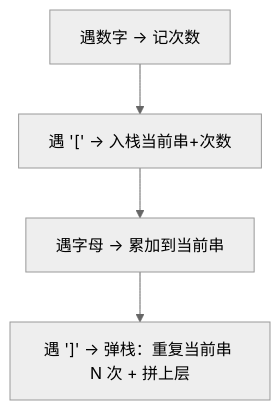
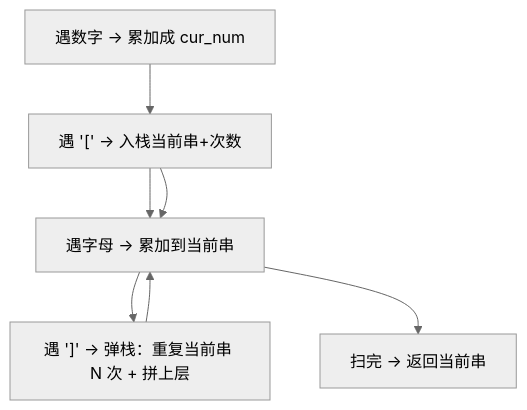
Before and after one commit to OctalZero/hot100-py: the first of 2 diagrams in 13-栈/0394-字符串解码.md, drawn with Mermaid (neutral theme). The commit also changed other lines of this file and 117 other files, not shown here.

First line of the commit message:
feat: 全题解配图升级为「动画式 mermaid」（总览骨架 + 横向时间线逐步推演）

````diff
--- a/13-栈/0394-字符串解码.md
+++ b/13-栈/0394-字符串解码.md
@@ -17,6 +17,9 @@
 ```mermaid
 flowchart TD
-    A["遇数字 → 记次数"] --> B["遇 '[' → 入栈当前串+次数"]
+    A["遇数字 → 累加成 cur_num"] --> B["遇 '[' → 入栈当前串+次数"]
     B --> C["遇字母 → 累加到当前串"]
     C --> D["遇 ']' → 弹栈：重复当前串 N 次 + 拼上层"]
+    D --> C
+    C --> E["扫完 → 返回当前串"]
+    B --> C
 ```
````
